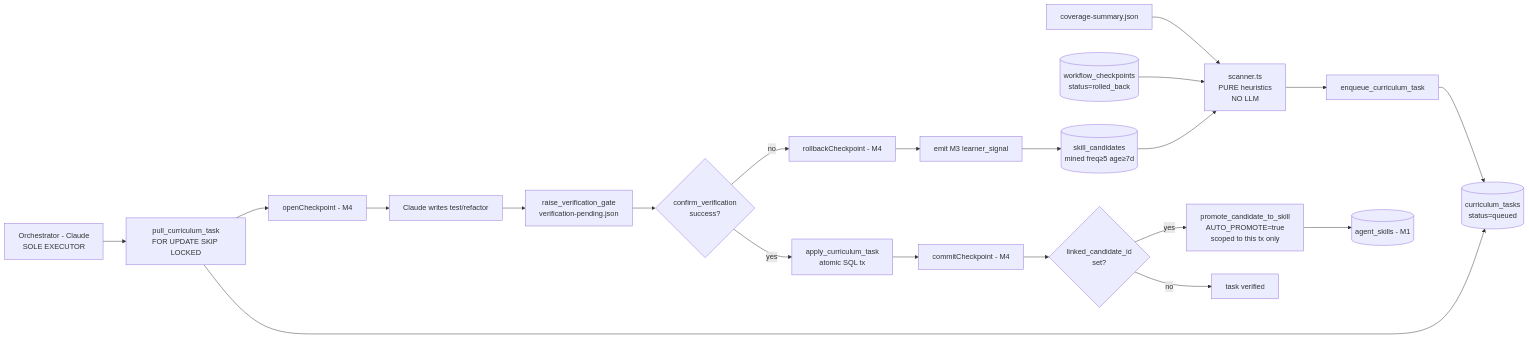
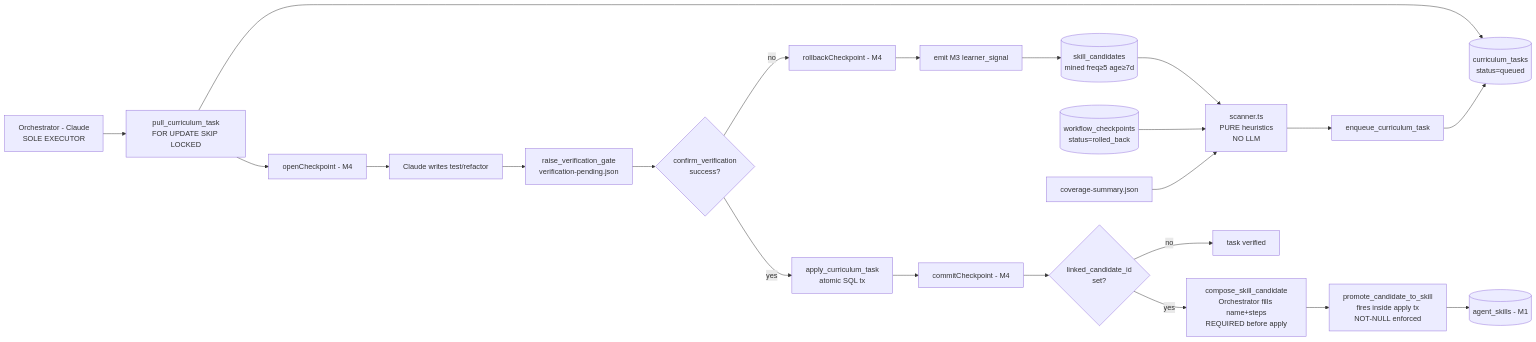
One commit to NABILNET-ORG/Smart-Claude-Memory changed diagram 14 of 15 in ARCHITECTURE.md. Above: the diagram before and after it, drawn with Mermaid. The commit also changed other lines of this file and 13 other files, not shown here.

````diff
--- a/ARCHITECTURE.md
+++ b/ARCHITECTURE.md
@@ -501,24 +501,25 @@
 ```mermaid
 flowchart LR
   COV[coverage-summary.json] --> SCAN[scanner.ts<br/>PURE heuristics<br/>NO LLM]
   RB[(workflow_checkpoints<br/>status=rolled_back)] --> SCAN
   SC[(skill_candidates<br/>mined freq≥5 age≥7d)] --> SCAN
   SCAN --> ENQ[enqueue_curriculum_task]
   ENQ --> CT[(curriculum_tasks<br/>status=queued)]
 
   ORCH[Orchestrator - Claude<br/>SOLE EXECUTOR] --> PULL[pull_curriculum_task<br/>FOR UPDATE SKIP LOCKED]
   PULL --> CT
   PULL --> OCP[openCheckpoint - M4]
   OCP --> WRITE[Claude writes test/refactor]
   WRITE --> GATE[raise_verification_gate<br/>verification-pending.json]
   GATE --> CV{confirm_verification<br/>success?}
   CV -- yes --> VT[apply_curriculum_task<br/>atomic SQL tx]
   VT --> CC[commitCheckpoint - M4]
   CC --> AP{linked_candidate_id<br/>set?}
-  AP -- yes --> FLIP[promote_candidate_to_skill<br/>AUTO_PROMOTE=true<br/>scoped to this tx only]
+  AP -- yes --> COMPOSE[compose_skill_candidate<br/>Orchestrator fills name+steps<br/>REQUIRED before apply]
+  COMPOSE --> FLIP[promote_candidate_to_skill<br/>fires inside apply tx<br/>NOT-NULL enforced]
   FLIP --> SK[(agent_skills - M1)]
   AP -- no --> DONE[task verified]
   CV -- no --> RBK[rollbackCheckpoint - M4]
   RBK --> SIG[emit M3 learner_signal]
   SIG --> SC
 ```
````
